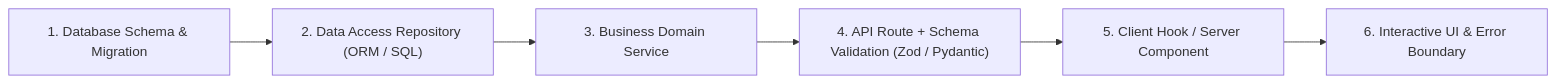
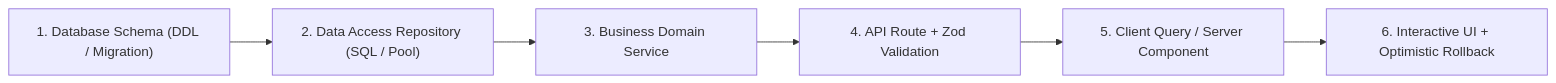
One commit to darknecrocities/SkillBuilder changed the diagram in skills/fullstack/SKILL.md. Above: the diagram before and after it, drawn with Mermaid. The commit also changed other lines of this file and 3 other files, not shown here.

````diff
--- a/skills/fullstack/SKILL.md
+++ b/skills/fullstack/SKILL.md
@@ -16,8 +16,8 @@
 ```mermaid
 flowchart LR
-    A["1. Database Schema & Migration"] --> B["2. Data Access Repository (ORM / SQL)"]
+    A["1. Database Schema (DDL / Migration)"] --> B["2. Data Access Repository (SQL / Pool)"]
     B --> C["3. Business Domain Service"]
-    C --> D["4. API Route + Schema Validation (Zod / Pydantic)"]
-    D --> E["5. Client Hook / Server Component"]
-    E --> F["6. Interactive UI & Error Boundary"]
+    C --> D["4. API Route + Zod Validation"]
+    D --> E["5. Client Query / Server Component"]
+    E --> F["6. Interactive UI + Optimistic Rollback"]
 ```
````
